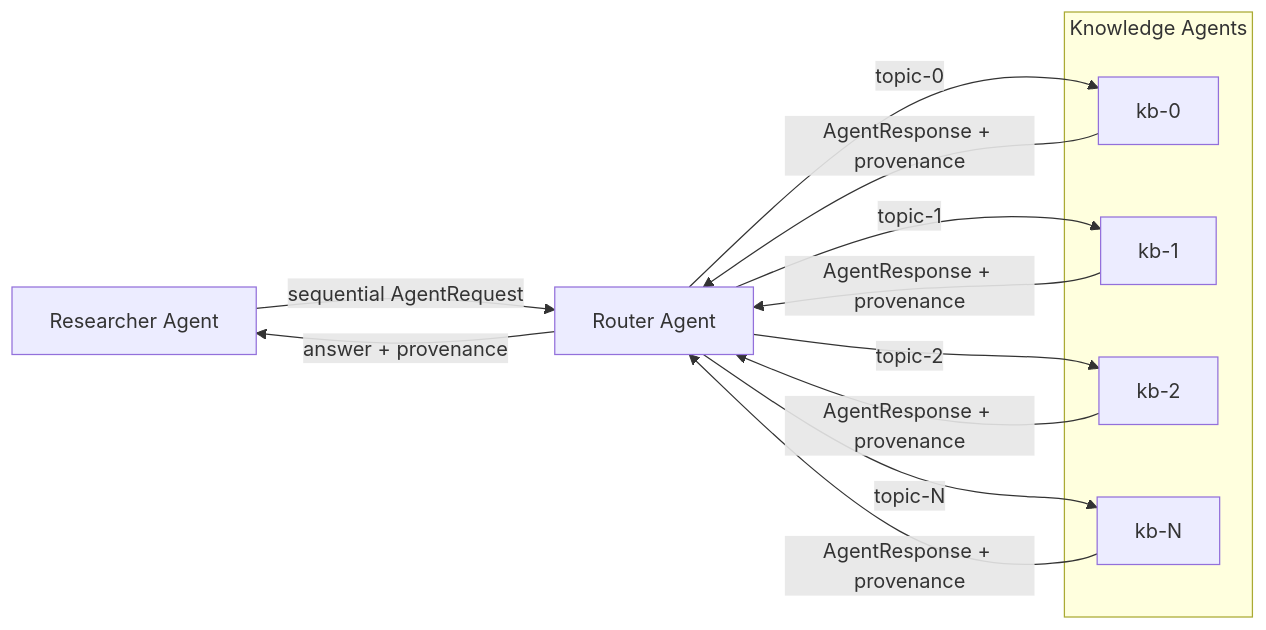
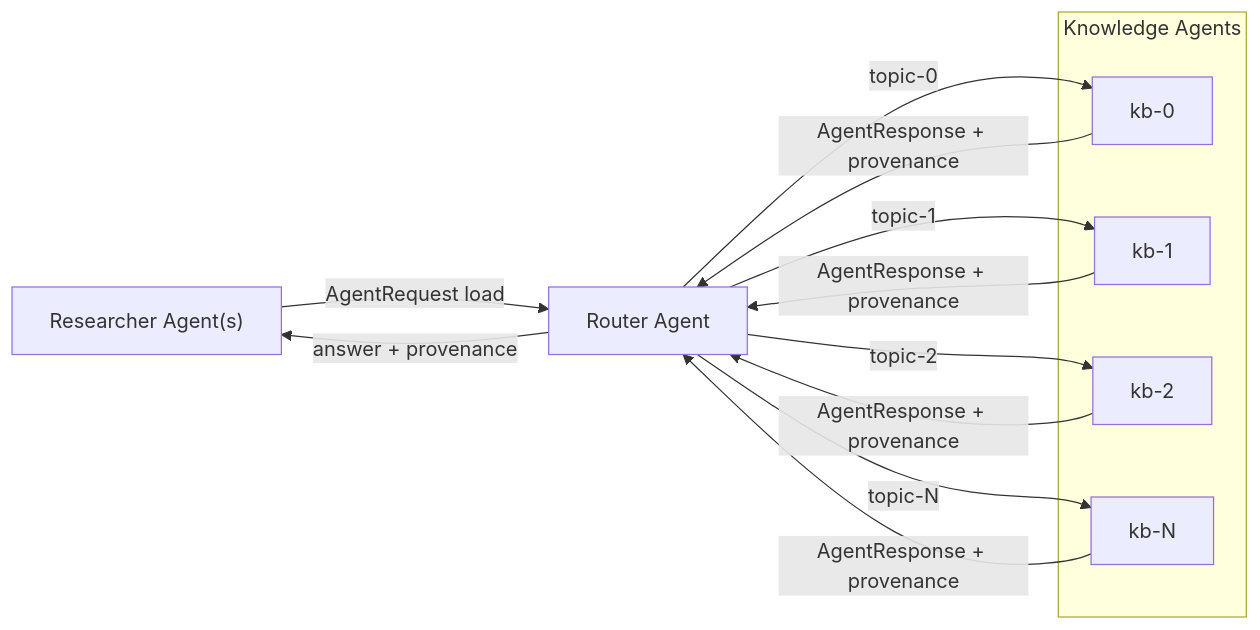
One commit to GenesisMeshLabs/genesismesh changed the diagram in docs/examples/capacity-baseline.md. Above: the diagram before and after it, drawn with Mermaid. The commit also changed other lines of this file and 6 other files, not shown here.

````diff
--- a/docs/examples/capacity-baseline.md
+++ b/docs/examples/capacity-baseline.md
@@ -20,23 +20,23 @@
 ```{mermaid}
 flowchart LR
-    researcher["Researcher Agent"]
+    researcher["Researcher Agent(s)"]
     router["Router Agent"]
 
     subgraph kb["Knowledge Agents"]
         kb0["kb-0"]
         kb1["kb-1"]
         kb2["kb-2"]
         kb3["kb-N"]
     end
 
-    researcher -->|sequential AgentRequest| router
+    researcher -->|AgentRequest load| router
     router -->|topic-0| kb0
     router -->|topic-1| kb1
     router -->|topic-2| kb2
     router -->|topic-N| kb3
     kb0 -->|AgentResponse + provenance| router
     kb1 -->|AgentResponse + provenance| router
     kb2 -->|AgentResponse + provenance| router
     kb3 -->|AgentResponse + provenance| router
     router -->|answer + provenance| researcher
 ```
````
